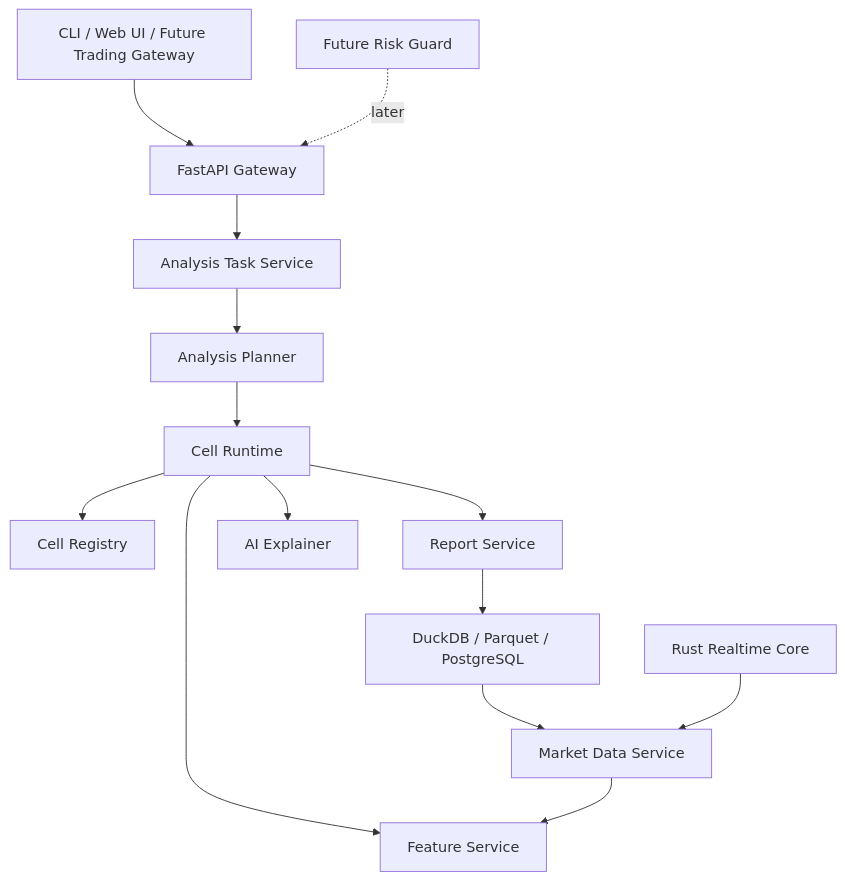
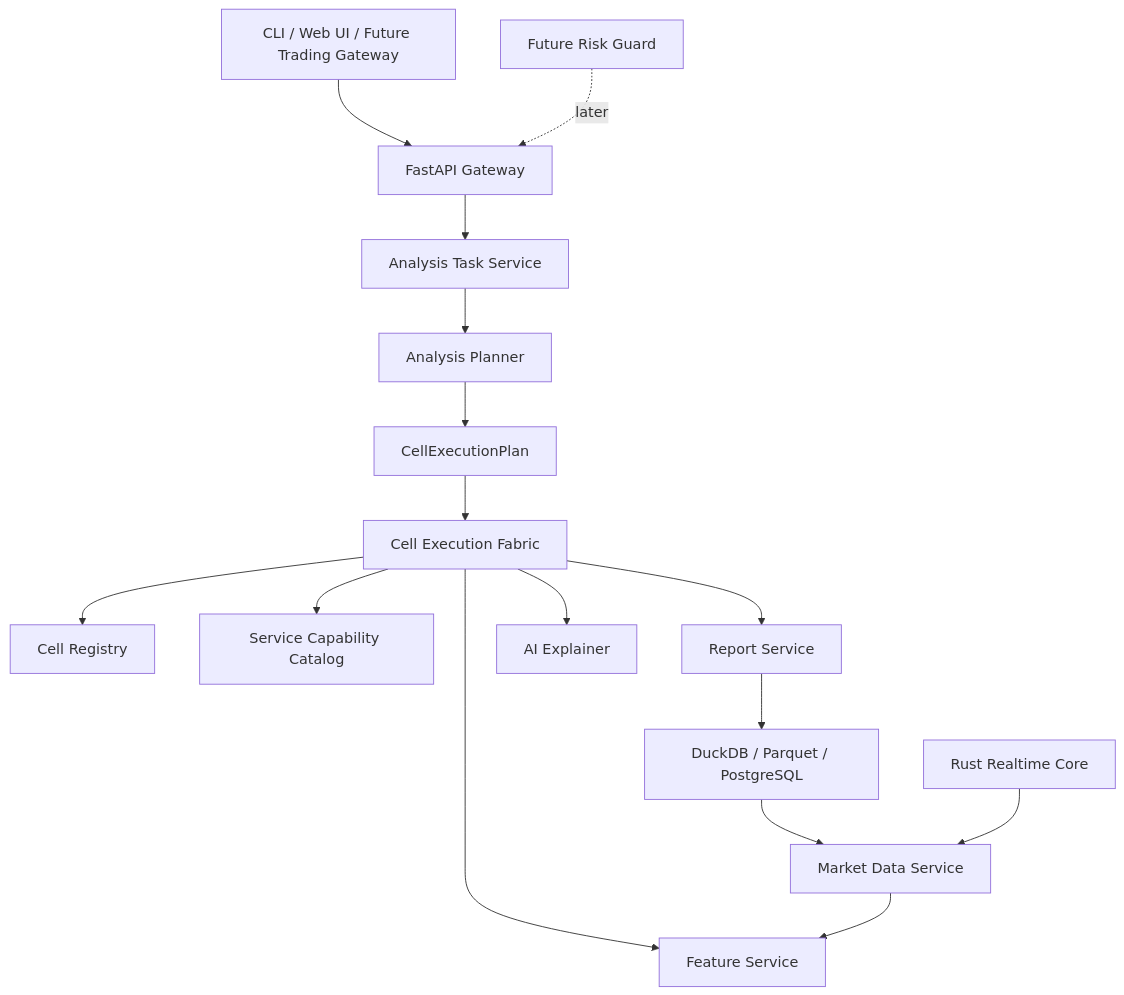
The first of 4 diagrams in docs/backend_architecture.md (ModWU/market-cell), drawn with Mermaid before and after one commit. The commit also changed other lines of this file and 18 other files, not shown here.

Commit message:
Add cell execution fabric foundation

````diff
--- a/docs/backend_architecture.md
+++ b/docs/backend_architecture.md
@@ -33,18 +33,20 @@
 ```mermaid
 flowchart TD
     Client["CLI / Web UI / Future Trading Gateway"] --> API["FastAPI Gateway"]
     API --> Task["Analysis Task Service"]
     Task --> Planner["Analysis Planner"]
-    Planner --> Runtime["Cell Runtime"]
+    Planner --> Plan["CellExecutionPlan"]
+    Plan --> Runtime["Cell Execution Fabric"]
     Runtime --> Registry["Cell Registry"]
+    Runtime --> Catalog["Service Capability Catalog"]
     Runtime --> Feature["Feature Service"]
     Runtime --> Report["Report Service"]
     Runtime --> AI["AI Explainer"]
 
     Data["Market Data Service"] --> Feature
     Storage["DuckDB / Parquet / PostgreSQL"] --> Data
     Report --> Storage
 
     Rust["Rust Realtime Core"] --> Data
     Risk["Future Risk Guard"] -. later .-> API
 ```
````
